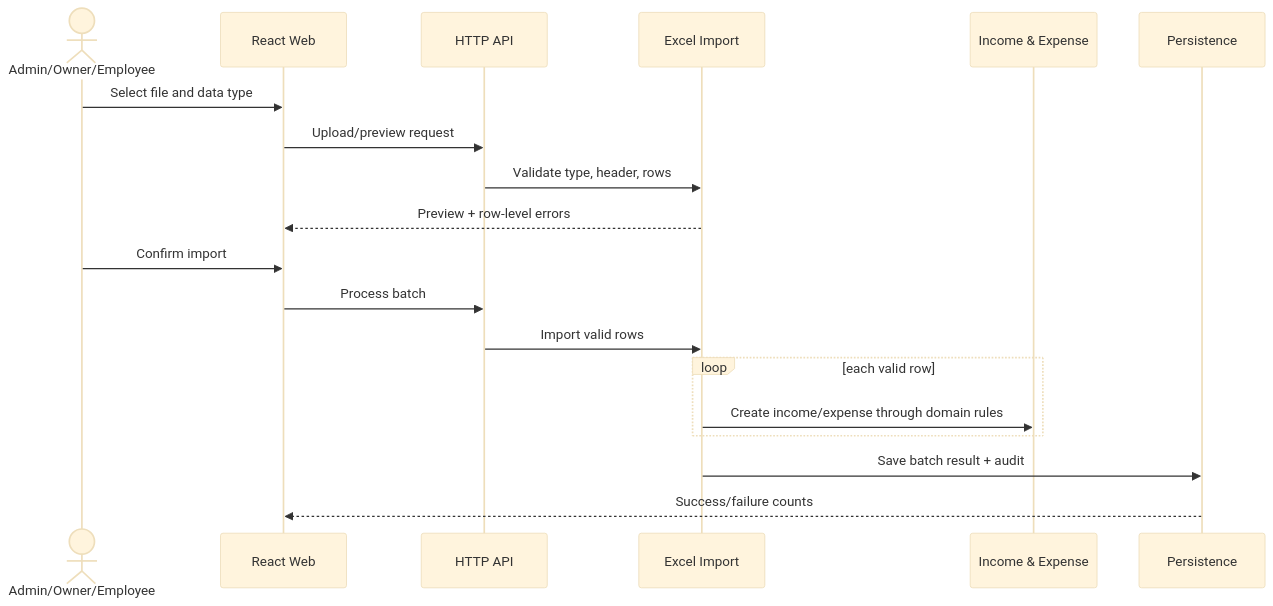
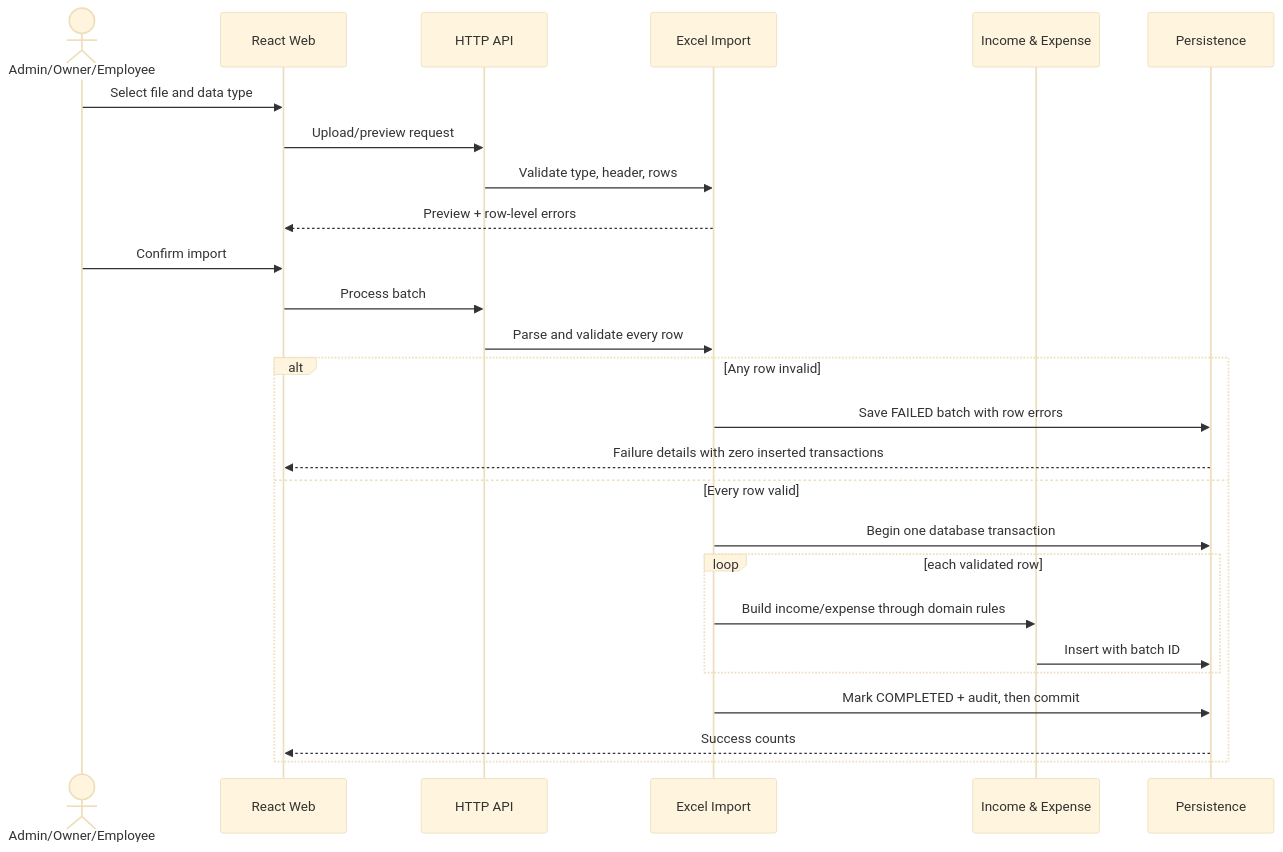
Before and after one commit to PhamHiep948/finance-manager: the third of 4 diagrams in docs/architecture/arc42/06-runtime-view.md, drawn with Mermaid (base theme). The commit also changed other lines of this file and 1 other file, not shown here.

Commit message:
Dong bo runtime view

````diff
--- a/docs/architecture/arc42/06-runtime-view.md
+++ b/docs/architecture/arc42/06-runtime-view.md
@@ -55,21 +55,28 @@
 ```mermaid
 sequenceDiagram
     actor U as Admin/Owner/Employee
     participant W as React Web
     participant A as HTTP API
     participant X as Excel Import
     participant L as Income & Expense
     participant R as Persistence
     U->>W: Select file and data type
     W->>A: Upload/preview request
     A->>X: Validate type, header, rows
     X-->>W: Preview + row-level errors
     U->>W: Confirm import
     W->>A: Process batch
-    A->>X: Import valid rows
-    loop each valid row
-        X->>L: Create income/expense through domain rules
+    A->>X: Parse and validate every row
+    alt Any row invalid
+        X->>R: Save FAILED batch with row errors
+        R-->>W: Failure details with zero inserted transactions
+    else Every row valid
+        X->>R: Begin one database transaction
+        loop each validated row
+            X->>L: Build income/expense through domain rules
+            L->>R: Insert with batch ID
+        end
+        X->>R: Mark COMPLETED + audit, then commit
+        R-->>W: Success counts
     end
-    X->>R: Save batch result + audit
-    R-->>W: Success/failure counts
 ```
````
